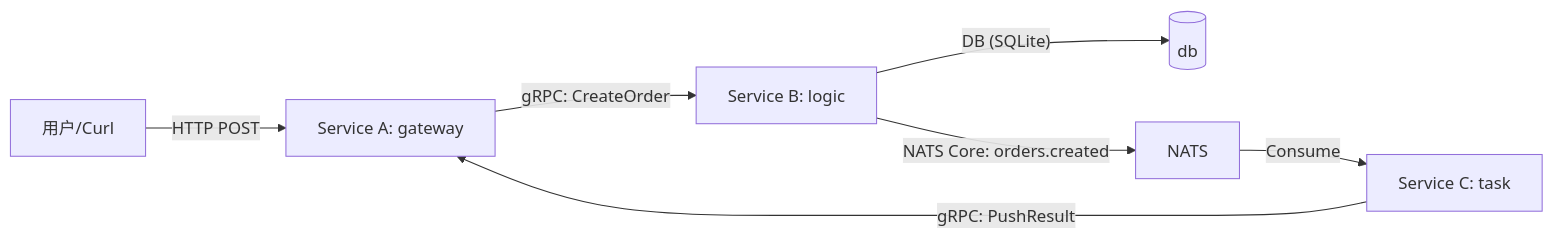
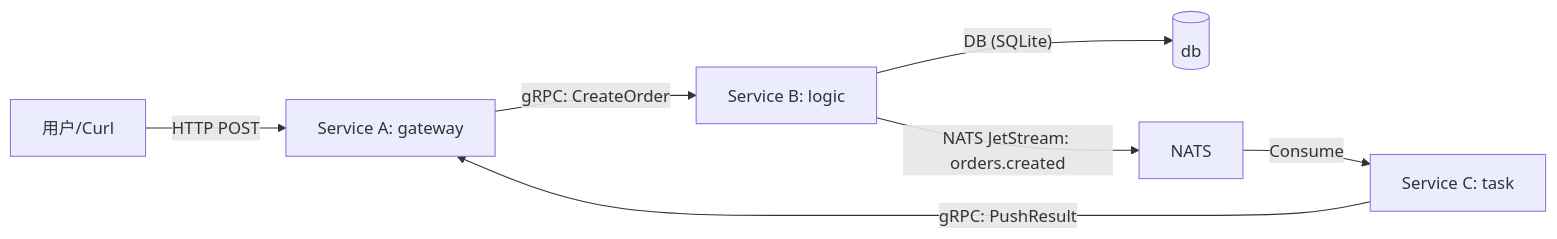
The diagram in examples/observability/README.md (ceyewan/genesis), drawn with Mermaid before and after one commit. The commit also changed other lines of this file and 30 other files, not shown here.

````diff
--- a/examples/observability/README.md
+++ b/examples/observability/README.md
@@ -16,9 +16,9 @@
 ```mermaid
 graph LR
     User[用户/Curl] -->|HTTP POST| A[Service A: gateway]
     A -->|gRPC: CreateOrder| B[Service B: logic]
     B -->|"DB (SQLite)"| DB[(db)]
-    B -->|NATS Core: orders.created| MQ[NATS]
+    B -->|NATS JetStream: orders.created| MQ[NATS]
     MQ -->|Consume| C[Service C: task]
     C -->|gRPC: PushResult| A
 ```
````
